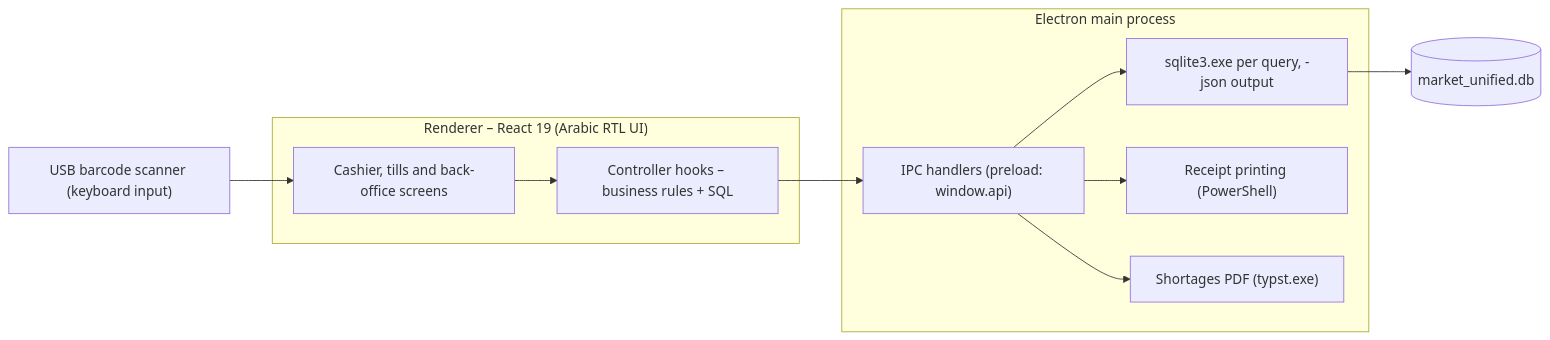
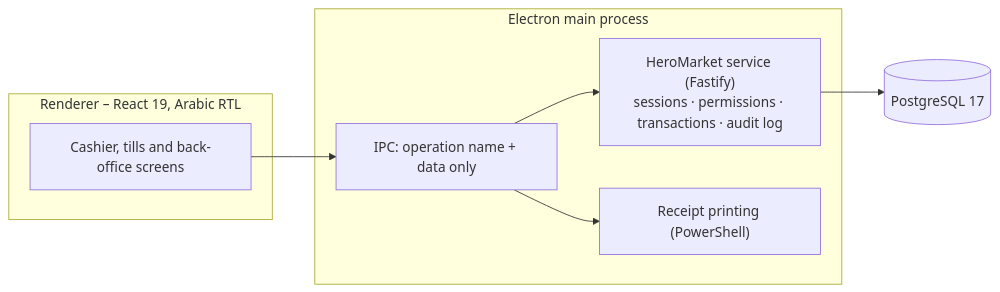
The diagram in README.md (Youssef2508/hero-market), drawn with Mermaid before and after one commit. The commit also changed other lines of this file and 73 other files, not shown here.

````diff
--- a/README.md
+++ b/README.md
@@ -27,19 +27,14 @@
 ```mermaid
 flowchart LR
-    subgraph Renderer["Renderer – React 19 (Arabic RTL UI)"]
+    subgraph Renderer["Renderer – React 19, Arabic RTL"]
         UI["Cashier, tills and back-office screens"]
-        Hooks["Controller hooks – business rules + SQL"]
     end
     subgraph Main["Electron main process"]
-        IPC["IPC handlers (preload: window.api)"]
-        DB["sqlite3.exe per query, -json output"]
+        IPC["IPC: operation name + data only"]
+        SVC["HeroMarket service (Fastify)<br/>sessions · permissions · transactions · audit log"]
         Print["Receipt printing (PowerShell)"]
-        PDF["Shortages PDF (typst.exe)"]
     end
-    File[("market_unified.db")]
-    Scanner["USB barcode scanner (keyboard input)"] --> UI
-    UI --> Hooks --> IPC
-    IPC --> DB --> File
+    PG[("PostgreSQL 17")]
+    UI --> IPC --> SVC --> PG
     IPC --> Print
-    IPC --> PDF
 ```
````
